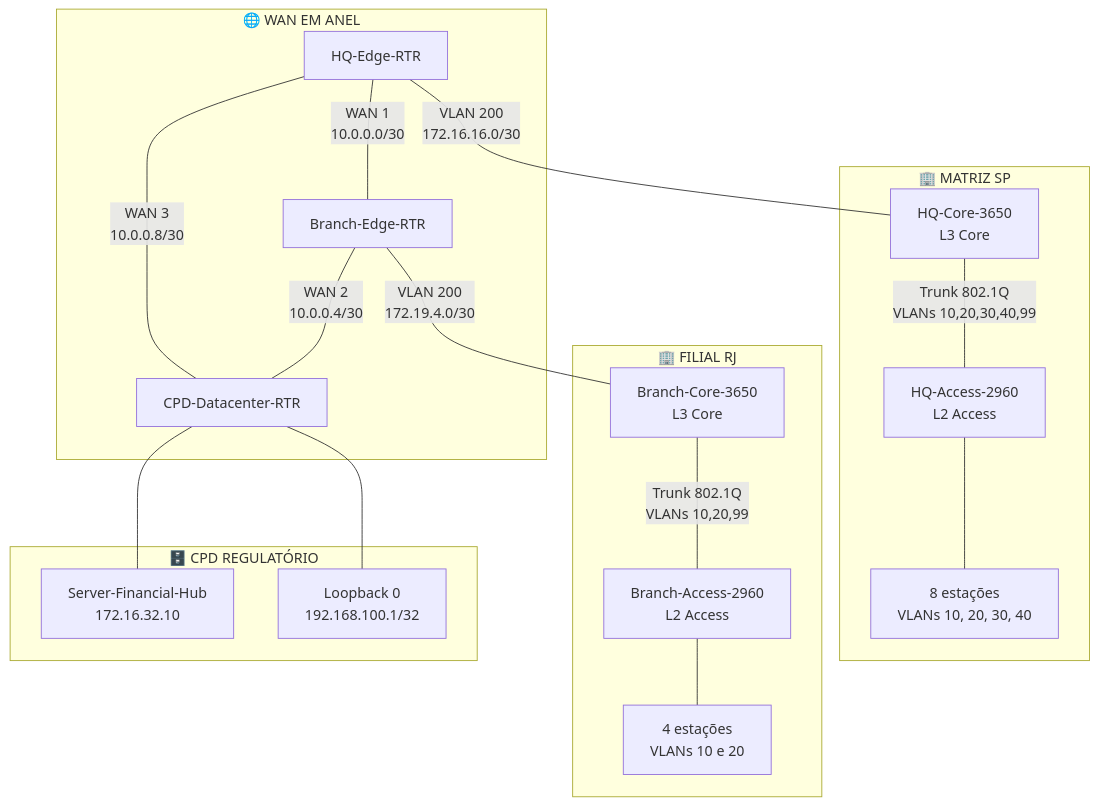
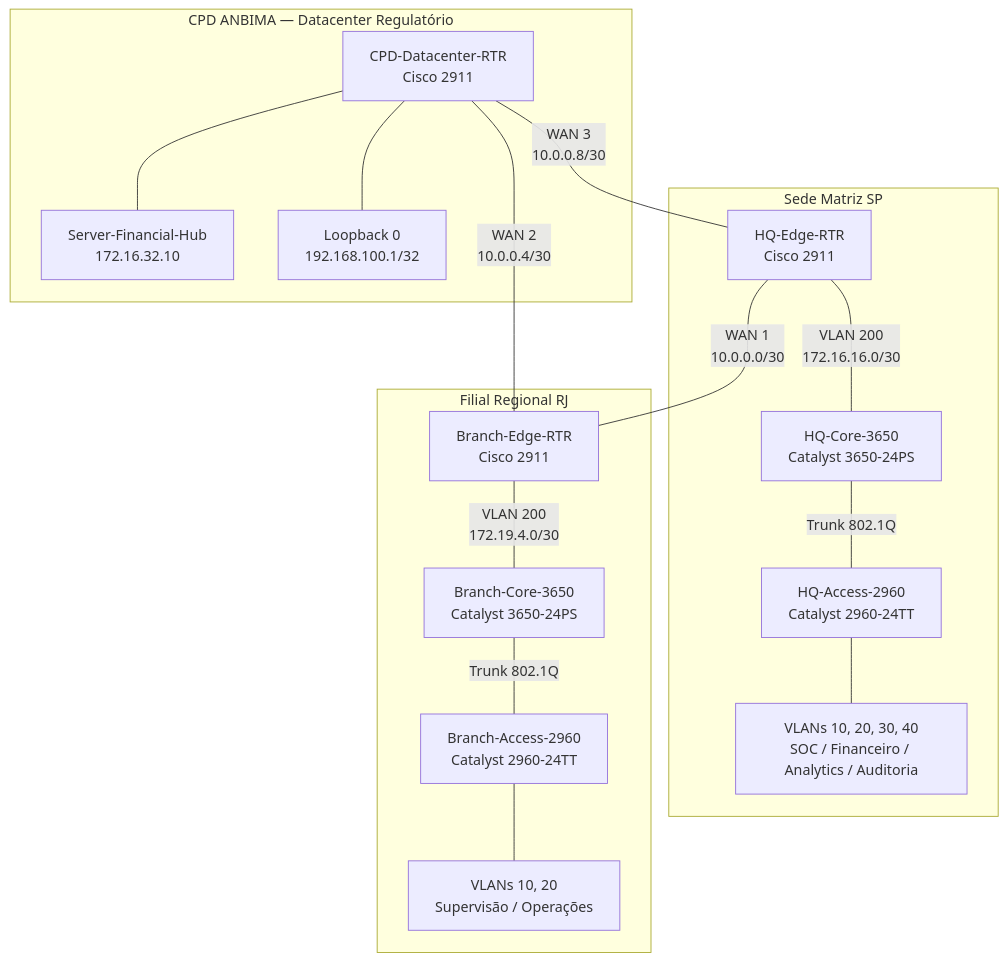
Before and after one commit to muricarlucci/network-segmentation-packet-tracer: the diagram in docs/01-architecture-and-addressing.md, drawn with Mermaid. The commit also changed other lines of this file, not shown here.

````diff
--- a/docs/01-architecture-and-addressing.md
+++ b/docs/01-architecture-and-addressing.md
@@ -59,45 +50,38 @@
 ```mermaid
-flowchart TB
+flowchart TD
 
-    subgraph WAN["🌐 WAN EM ANEL"]
-        HQWAN["HQ-Edge-RTR"]
-        BRWAN["Branch-Edge-RTR"]
-        CPDWAN["CPD-Datacenter-RTR"]
+    subgraph CPD ["CPD ANBIMA — Datacenter Regulatório"]
+        CPD_RTR["CPD-Datacenter-RTR<br/>Cisco 2911"]
+        CPD_SRV["Server-Financial-Hub<br/>172.16.32.10"]
+        CPD_LB["Loopback 0<br/>192.168.100.1/32"]
 
-        HQWAN ---|"WAN 1<br/>10.0.0.0/30"| BRWAN
-        BRWAN ---|"WAN 2<br/>10.0.0.4/30"| CPDWAN
-        CPDWAN ---|"WAN 3<br/>10.0.0.8/30"| HQWAN
+        CPD_RTR --- CPD_SRV
+        CPD_RTR --- CPD_LB
     end
 
-    subgraph HQ["🏢 MATRIZ SP"]
-        HQCORE["HQ-Core-3650<br/>L3 Core"]
+    subgraph MATRIZ ["Sede Matriz SP"]
+        HQ_RTR["HQ-Edge-RTR<br/>Cisco 2911"]
+        HQ_CORE["HQ-Core-3650<br/>Catalyst 3650-24PS"]
+        HQ_ACC["HQ-Access-2960<br/>Catalyst 2960-24TT"]
+        HQ_USERS["VLANs 10, 20, 30, 40<br/>SOC / Financeiro / Analytics / Auditoria"]
 
-        HQACCESS["HQ-Access-2960<br/>L2 Access"]
-
-        HQUSERS["8 estações<br/>VLANs 10, 20, 30, 40"]
-
-        HQWAN ---|"VLAN 200<br/>172.16.16.0/30"| HQCORE
-        HQCORE ---|"Trunk 802.1Q<br/>VLANs 10,20,30,40,99"| HQACCESS
-        HQACCESS --- HQUSERS
+        HQ_RTR -- "VLAN 200<br/>172.16.16.0/30" --- HQ_CORE
+        HQ_CORE -- "Trunk 802.1Q" --- HQ_ACC
+        HQ_ACC --- HQ_USERS
     end
 
-    subgraph RJ["🏢 FILIAL RJ"]
-        BRCORE["Branch-Core-3650<br/>L3 Core"]
+    subgraph FILIAL ["Filial Regional RJ"]
+        BR_RTR["Branch-Edge-RTR<br/>Cisco 2911"]
+        BR_CORE["Branch-Core-3650<br/>Catalyst 3650-24PS"]
+        BR_ACC["Branch-Access-2960<br/>Catalyst 2960-24TT"]
+        BR_USERS["VLANs 10, 20<br/>Supervisão / Operações"]
 
-        BRACCESS["Branch-Access-2960<br/>L2 Access"]
-
-        BRUSERS["4 estações<br/>VLANs 10 e 20"]
-
-        BRWAN ---|"VLAN 200<br/>172.19.4.0/30"| BRCORE
-        BRCORE ---|"Trunk 802.1Q<br/>VLANs 10,20,99"| BRACCESS
-        BRACCESS --- BRUSERS
+        BR_RTR -- "VLAN 200<br/>172.19.4.0/30" --- BR_CORE
+        BR_CORE -- "Trunk 802.1Q" --- BR_ACC
+        BR_ACC --- BR_USERS
     end
 
-    subgraph CPD["🗄️ CPD REGULATÓRIO"]
-        SERVER["Server-Financial-Hub<br/>172.16.32.10"]
-        LOOP["Loopback 0<br/>192.168.100.1/32"]
-
-        CPDWAN --- SERVER
-        CPDWAN --- LOOP
-    end
+    HQ_RTR -- "WAN 1<br/>10.0.0.0/30" --- BR_RTR
+    BR_RTR -- "WAN 2<br/>10.0.0.4/30" --- CPD_RTR
+    CPD_RTR -- "WAN 3<br/>10.0.0.8/30" --- HQ_RTR
 ```
````
